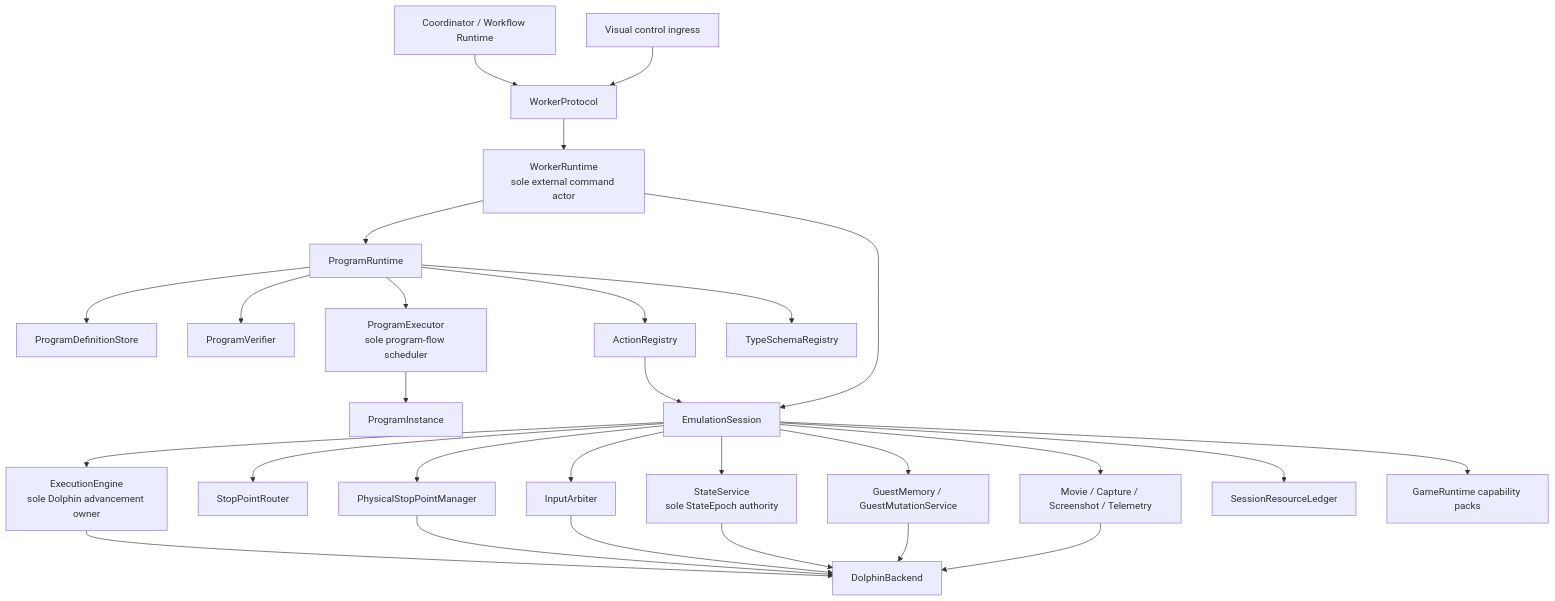
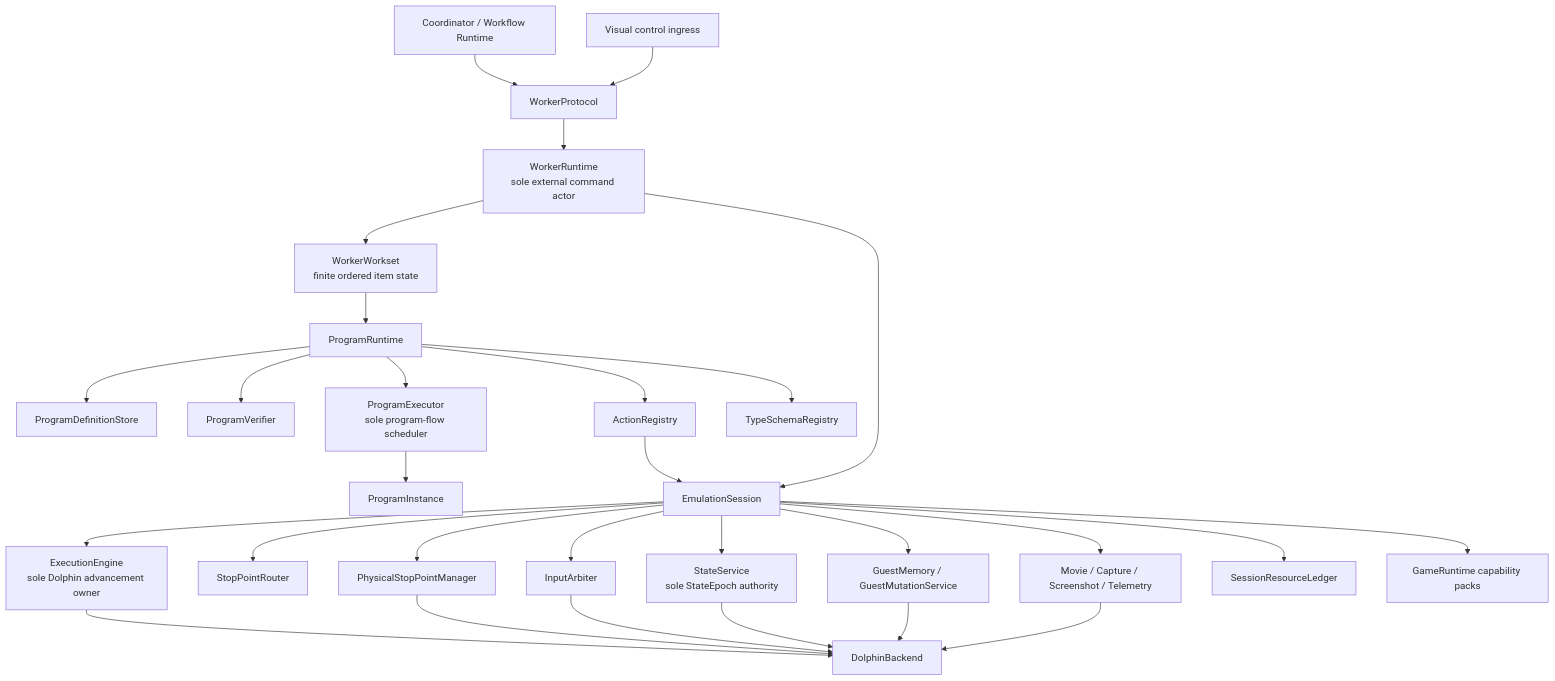
One commit to jahorta/SAVOR changed the diagram in planning/ExecutionRuntime/02-target-execution-architecture.md. Above: the diagram before and after it, drawn with Mermaid. The commit also changed other lines of this file and 12 other files, not shown here.

Commit message:
Refine execution runtime phase and workset guidance

````diff
--- a/planning/ExecutionRuntime/02-target-execution-architecture.md
+++ b/planning/ExecutionRuntime/02-target-execution-architecture.md
@@ -98,32 +99,33 @@
 ```mermaid
 flowchart TD
     CO["Coordinator / Workflow Runtime"] --> WP["WorkerProtocol"]
     VC["Visual control ingress"] --> WP
     WP --> WR["WorkerRuntime<br/>sole external command actor"]
 
-    WR --> PR["ProgramRuntime"]
+    WR --> WW["WorkerWorkset<br/>finite ordered item state"]
+    WW --> PR["ProgramRuntime"]
     PR --> PDS["ProgramDefinitionStore"]
     PR --> PV["ProgramVerifier"]
     PR --> PE["ProgramExecutor<br/>sole program-flow scheduler"]
     PR --> AR["ActionRegistry"]
     PR --> TR["TypeSchemaRegistry"]
     PE --> PI["ProgramInstance"]
 
     WR --> ES["EmulationSession"]
     AR --> ES
     ES --> EE["ExecutionEngine<br/>sole Dolphin advancement owner"]
     ES --> SR["StopPointRouter"]
     ES --> PM["PhysicalStopPointManager"]
     ES --> IA["InputArbiter"]
     ES --> ST["StateService<br/>sole StateEpoch authority"]
     ES --> GM["GuestMemory / GuestMutationService"]
     ES --> MC["Movie / Capture / Screenshot / Telemetry"]
     ES --> RL["SessionResourceLedger"]
     ES --> GR["GameRuntime capability packs"]
     EE --> DB["DolphinBackend"]
     PM --> DB
     IA --> DB
     ST --> DB
     GM --> DB
     MC --> DB
 ```
````
